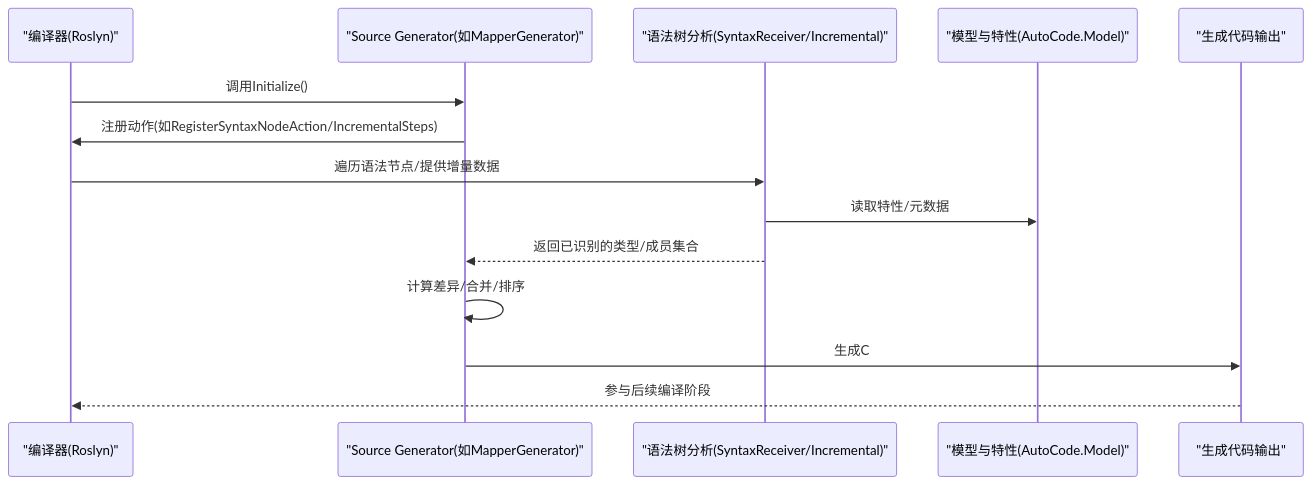
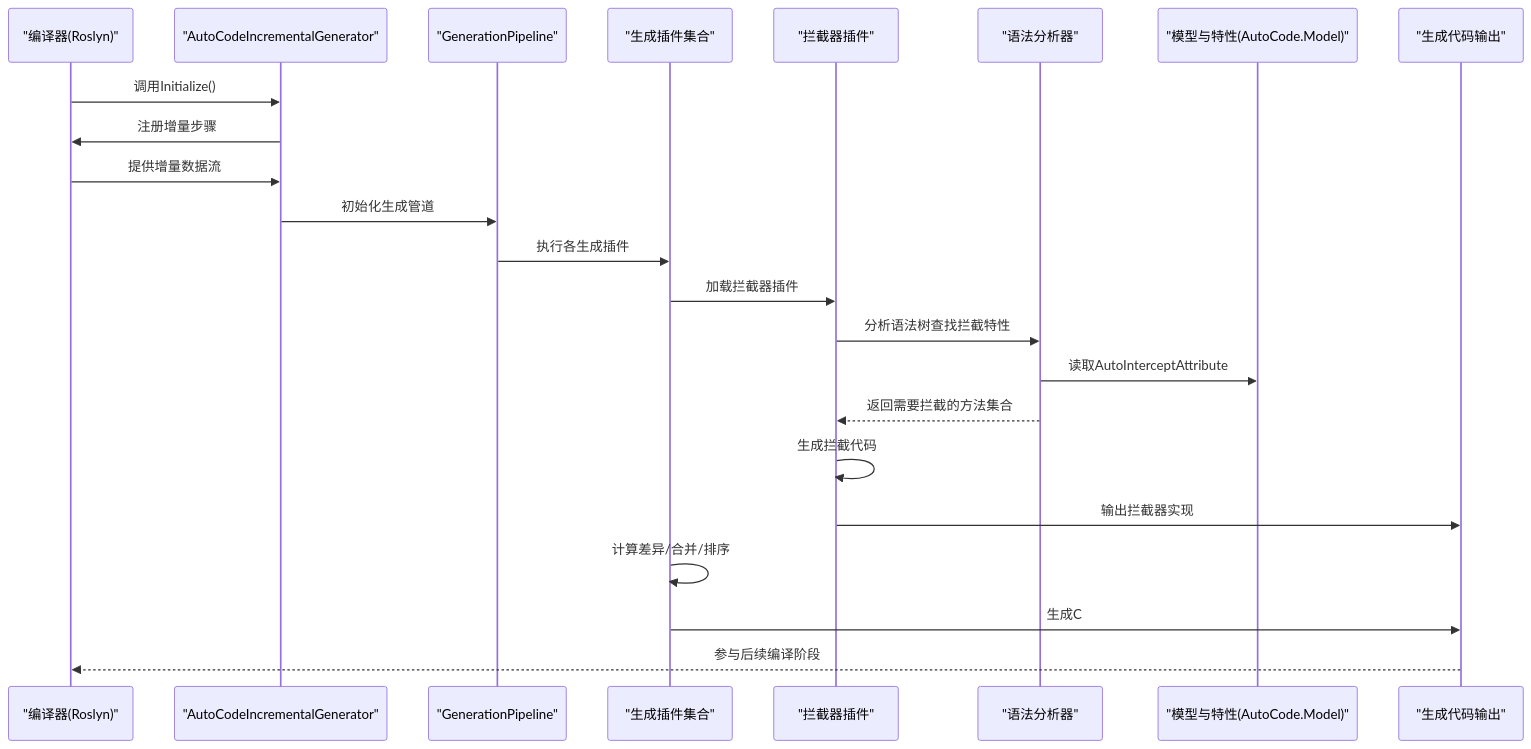
Before and after one commit to alivy/AutoCode: the second of 6 diagrams in .qoder/repowiki/zh/content/核心概念/Source Generator原理.md, drawn with Mermaid. The commit also changed other lines of this file and 279 other files, not shown here.

````diff
--- a/.qoder/repowiki/zh/content/核心概念/Source Generator原理.md
+++ b/.qoder/repowiki/zh/content/核心概念/Source Generator原理.md
@@ -106,16 +175,25 @@
 ```mermaid
 sequenceDiagram
 participant Compiler as "编译器(Roslyn)"
-participant Gen as "Source Generator(如MapperGenerator)"
-participant Syntax as "语法树分析(SyntaxReceiver/Incremental)"
+participant Gen as "AutoCodeIncrementalGenerator"
+participant Pipeline as "GenerationPipeline"
+participant Plugins as "生成插件集合"
+participant InterceptPlugin as "拦截器插件"
+participant Syntax as "语法分析器"
 participant Model as "模型与特性(AutoCode.Model)"
 participant Output as "生成代码输出"
 Compiler->>Gen : 调用Initialize()
-Gen->>Compiler : 注册动作(如RegisterSyntaxNodeAction/IncrementalSteps)
-Compiler->>Syntax : 遍历语法节点/提供增量数据
-Syntax->>Model : 读取特性/元数据
-Syntax-->>Gen : 返回已识别的类型/成员集合
-Gen->>Gen : 计算差异/合并/排序
-Gen->>Output : 生成C#代码并添加到Compilation
+Gen->>Compiler : 注册增量步骤
+Compiler->>Gen : 提供增量数据流
+Gen->>Pipeline : 初始化生成管道
+Pipeline->>Plugins : 执行各生成插件
+Plugins->>InterceptPlugin : 加载拦截器插件
+InterceptPlugin->>Syntax : 分析语法树查找拦截特性
+Syntax->>Model : 读取AutoInterceptAttribute
+Syntax-->>InterceptPlugin : 返回需要拦截的方法集合
+InterceptPlugin->>InterceptPlugin : 生成拦截代码
+InterceptPlugin->>Output : 输出拦截器实现
+Plugins->>Plugins : 计算差异/合并/排序
+Plugins->>Output : 生成C#代码并添加到Compilation
 Output-->>Compiler : 参与后续编译阶段
 ```
````
